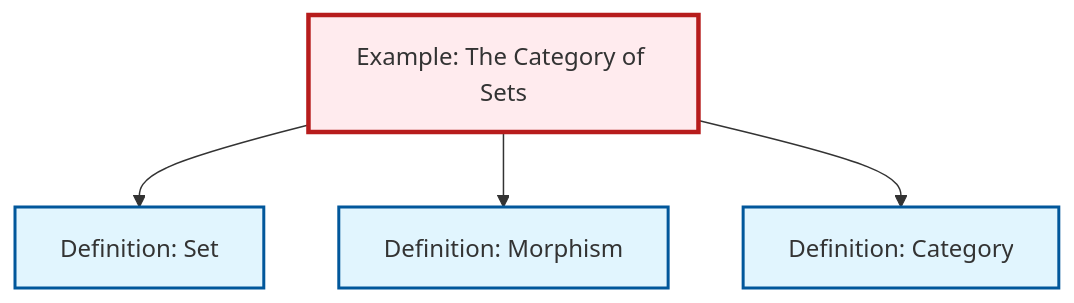
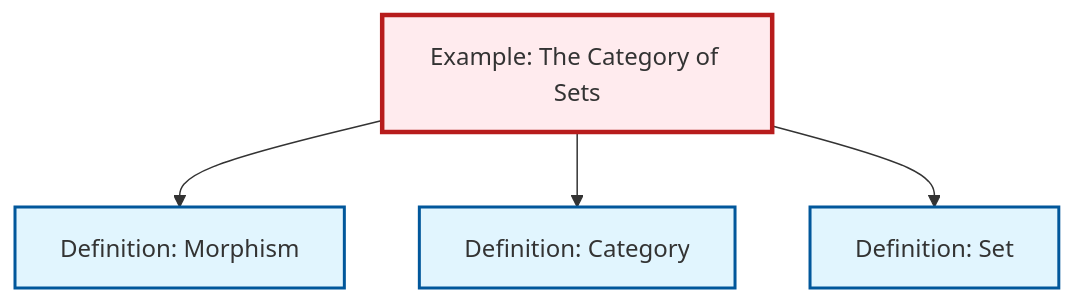
One commit to RK0429/ModernMath changed the diagram in content/en/category-theory/ex-set-category.qmd. Above: the diagram before and after it, drawn with Mermaid. The commit also changed other lines of this file and 654 other files, not shown here.

````diff
--- a/content/en/category-theory/ex-set-category.qmd
+++ b/content/en/category-theory/ex-set-category.qmd
@@ -68,20 +68,20 @@
 ```{mermaid}
 %%| fig-cap: "Local dependency graph"
 graph TD
     classDef definition fill:#e1f5fe,stroke:#01579b,stroke-width:2px
     classDef theorem fill:#f3e5f5,stroke:#4a148c,stroke-width:2px
     classDef axiom fill:#fff3e0,stroke:#e65100,stroke-width:2px
     classDef example fill:#e8f5e9,stroke:#1b5e20,stroke-width:2px
     classDef current fill:#ffebee,stroke:#b71c1c,stroke-width:3px
+    def-set["Definition: Set"]:::definition
     ex-set-category["Example: The Category of Sets"]:::example
     def-category["Definition: Category"]:::definition
     def-morphism["Definition: Morphism"]:::definition
-    def-set["Definition: Set"]:::definition
-    ex-set-category --> def-set
     ex-set-category --> def-morphism
     ex-set-category --> def-category
+    ex-set-category --> def-set
     class ex-set-category current
+    click def-set "def-set.html" "Go to Set definition"
     click def-category "def-category.html" "Go to Category definition"
     click def-morphism "def-morphism.html" "Go to Morphism definition"
-    click def-set "def-set.html" "Go to Set definition"
 ```
````
